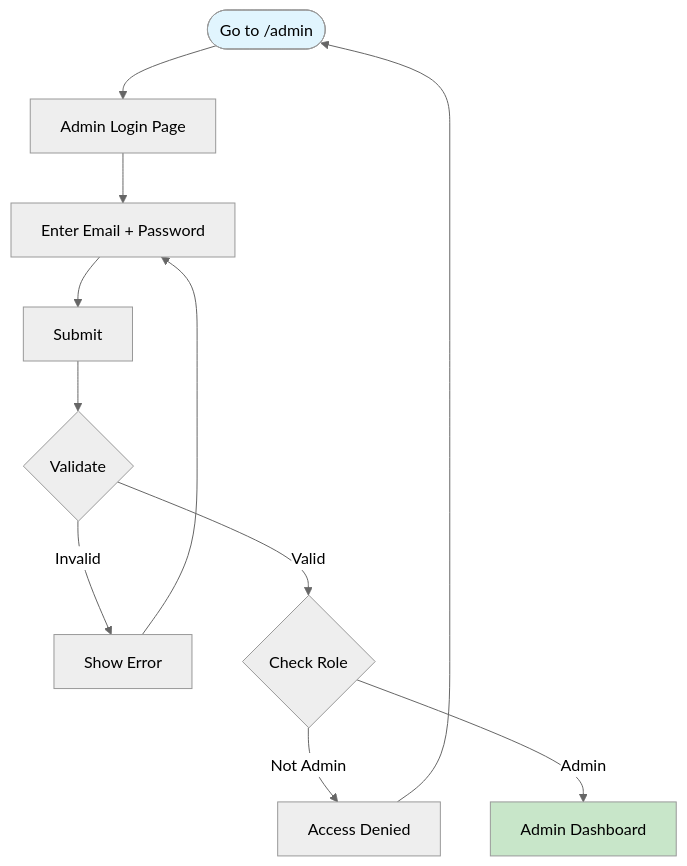
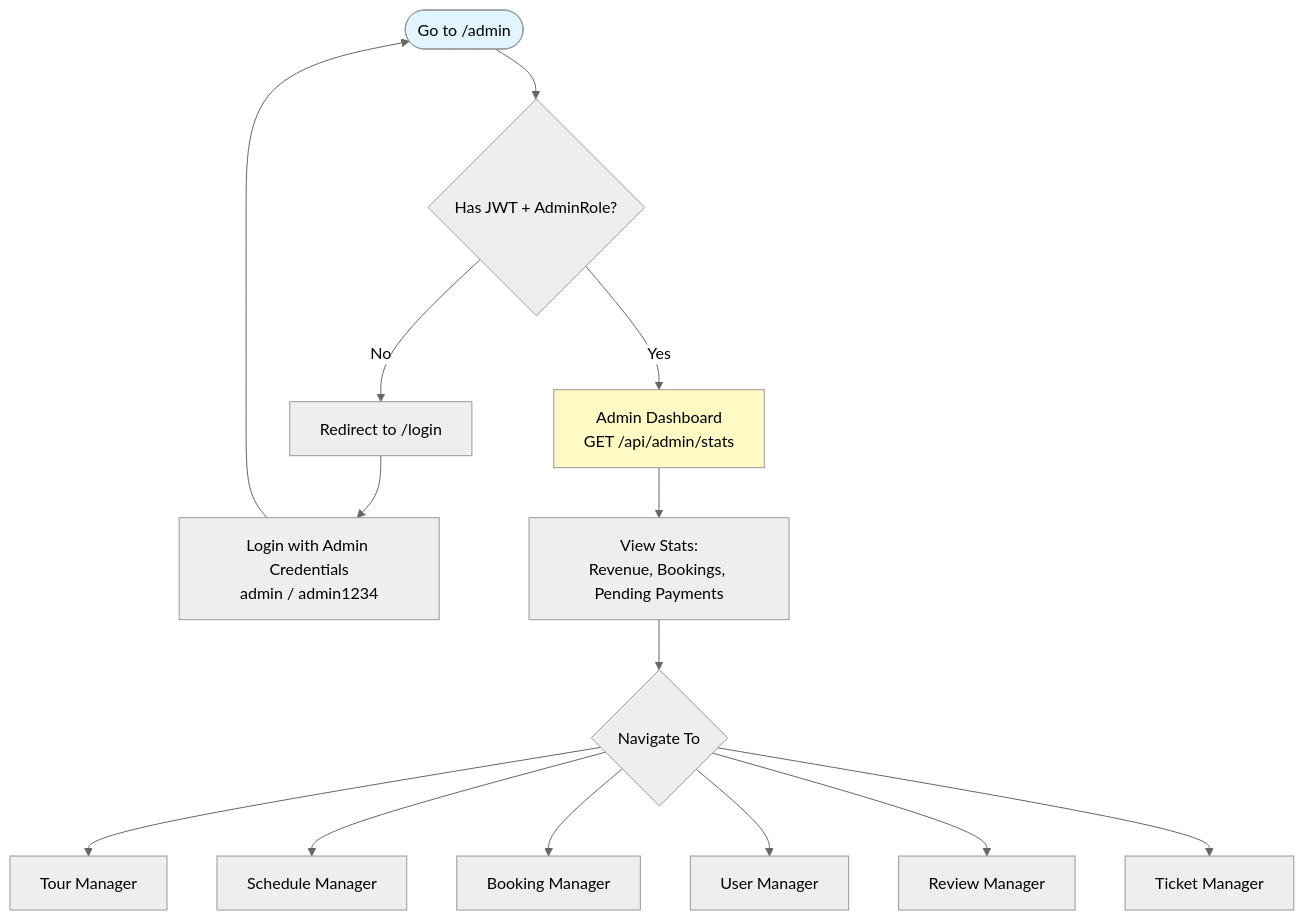
The tenth of 15 diagrams in system_based/User Flow.md (psu6810110135/final_porj), drawn with Mermaid (neutral theme) before and after one commit. The commit also changed other lines of this file and 6 other files, not shown here.

````diff
--- a/system_based/User Flow.md
+++ b/system_based/User Flow.md
@@ -222,20 +259,23 @@
 ```mermaid
 flowchart TD
-    Start([Go to /admin]) --> Login[Admin Login Page]
-    Login --> Input[Enter Email + Password]
-    Input --> Submit[Submit]
-    Submit --> Validate{Validate}
+    Start([Go to /admin]) --> CheckAuth{Has JWT + AdminRole?}
 
-    Validate -- Invalid --> Error[Show Error]
-    Error --> Input
+    CheckAuth -- No --> Redirect[Redirect to /login]
+    Redirect --> Login[Login with Admin Credentials<br>admin / admin1234]
+    Login --> Start
 
-    Validate -- Valid --> CheckRole{Check Role}
+    CheckAuth -- Yes --> Dashboard[Admin Dashboard<br>GET /api/admin/stats]
 
-    CheckRole -- Not Admin --> Forbidden[Access Denied]
-    Forbidden --> Start
+    Dashboard --> Stats[View Stats:<br>Revenue, Bookings, Pending Payments]
 
-    CheckRole -- Admin --> Dashboard[Admin Dashboard]
+    Stats --> Navigate{Navigate To}
+    Navigate --> Tours[Tour Manager]
+    Navigate --> Schedules[Schedule Manager]
+    Navigate --> Bookings[Booking Manager]
+    Navigate --> Users[User Manager]
+    Navigate --> Reviews[Review Manager]
+    Navigate --> Tickets[Ticket Manager]
 
     style Start fill:#E1F5FE
-    style Dashboard fill:#C8E6C9
+    style Dashboard fill:#FFF9C4
 ```
````
